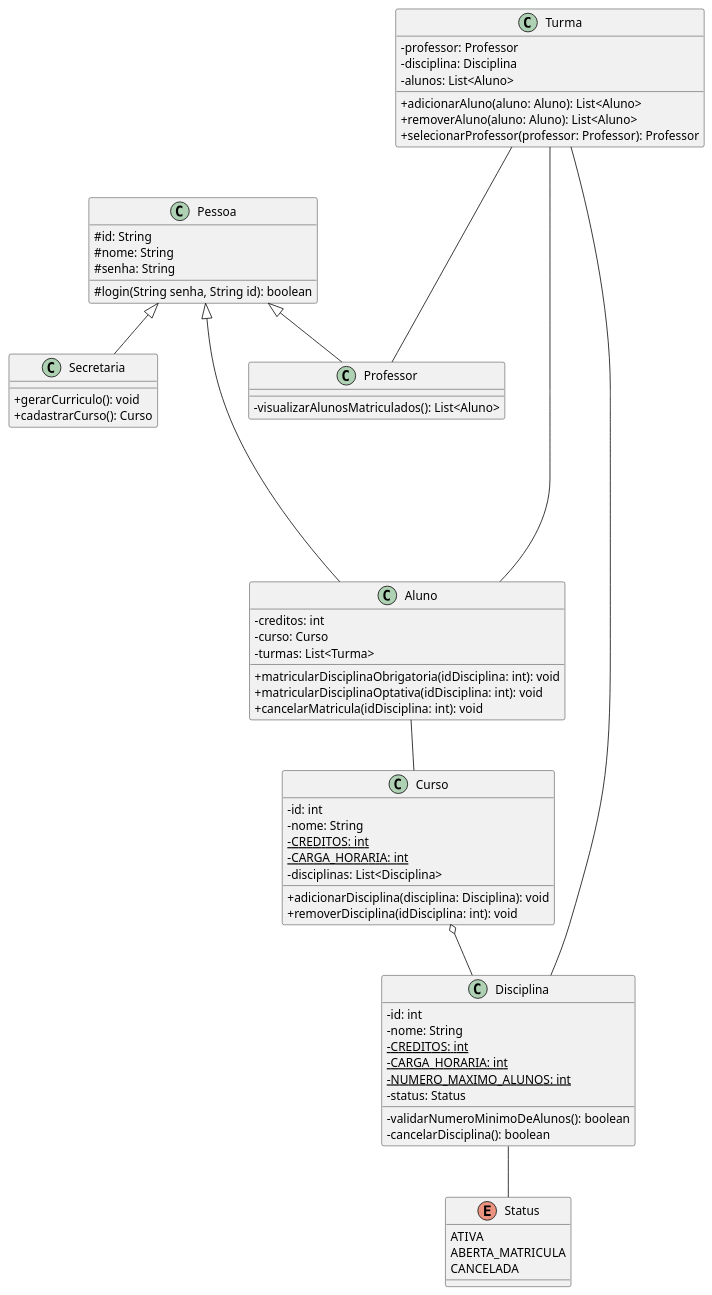
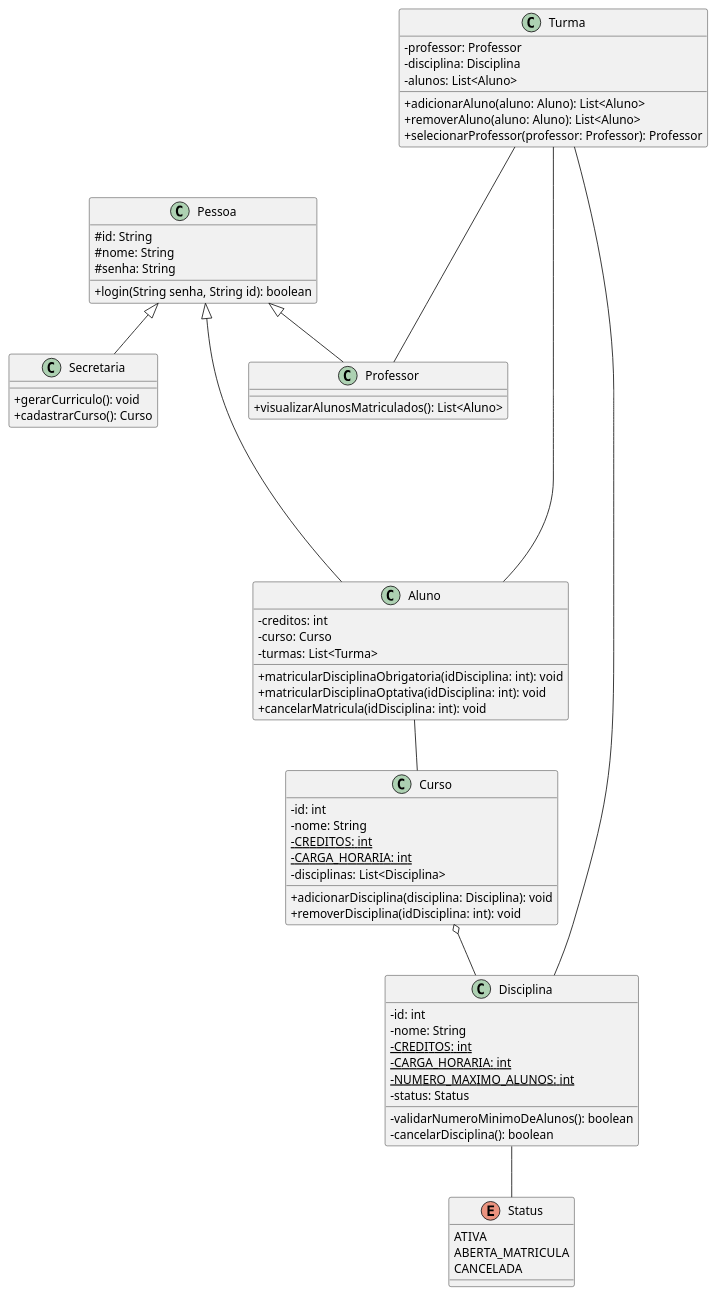
One commit to AugustoNoronha/labDevSoftware changed the diagram in projeto/diagramaDeClasse/diagramaDeClasse.puml. Above: the diagram before and after it, drawn with PlantUML. The commit also changed 2 other files, not shown here.

Commit message:
Correcao diagrama de classes

```diff
--- a/projeto/diagramaDeClasse/diagramaDeClasse.puml
+++ b/projeto/diagramaDeClasse/diagramaDeClasse.puml
@@ -1,79 +1,79 @@
 @startuml
 skinparam classAttributeIconSize 0
 
 class Pessoa {
 #id: String
 #nome: String
 #senha: String
-#login(String senha, String id): boolean
++login(String senha, String id): boolean
 }
 
 Pessoa <|-- Secretaria
 Pessoa <|-- Aluno
 Pessoa <|-- Professor
 
 class Secretaria {
 +gerarCurriculo(): void
 +cadastrarCurso(): Curso
 }
 
 class Aluno  {
 -creditos: int
 -curso: Curso
 -turmas: List<Turma>
 +matricularDisciplinaObrigatoria(idDisciplina: int): void
 +matricularDisciplinaOptativa(idDisciplina: int): void
 +cancelarMatricula(idDisciplina: int): void
 }
 
 class Professor  {
--visualizarAlunosMatriculados(): List<Aluno>
++visualizarAlunosMatriculados(): List<Aluno>
 }
 
 class Curso {
 -id: int
 -nome: String
 -CREDITOS: int {static}
 -CARGA_HORARIA: int {static}
 -disciplinas: List<Disciplina>
 +adicionarDisciplina(disciplina: Disciplina): void
 +removerDisciplina(idDisciplina: int): void
 }
 
 class Disciplina {
 -id: int
 -nome: String
 -CREDITOS: int {static}
 -CARGA_HORARIA: int {static}
 -NUMERO_MAXIMO_ALUNOS: int {static}
 -status: Status
 -validarNumeroMinimoDeAlunos(): boolean
 -cancelarDisciplina(): boolean
 }
 
 class Turma{
 -professor: Professor
 -disciplina: Disciplina
 -alunos: List<Aluno>
 +adicionarAluno(aluno: Aluno): List<Aluno>
 +removerAluno(aluno: Aluno): List<Aluno>
 +selecionarProfessor(professor: Professor): Professor
 }
 
 enum Status{
 ATIVA
 ABERTA_MATRICULA
 CANCELADA
 }
 
 Curso o-- Disciplina
 
 Aluno -- Curso
 
 Turma -- Disciplina
 Turma --- Professor
 Turma ------ Aluno
 
 Disciplina -- Status
 
 @enduml
```
